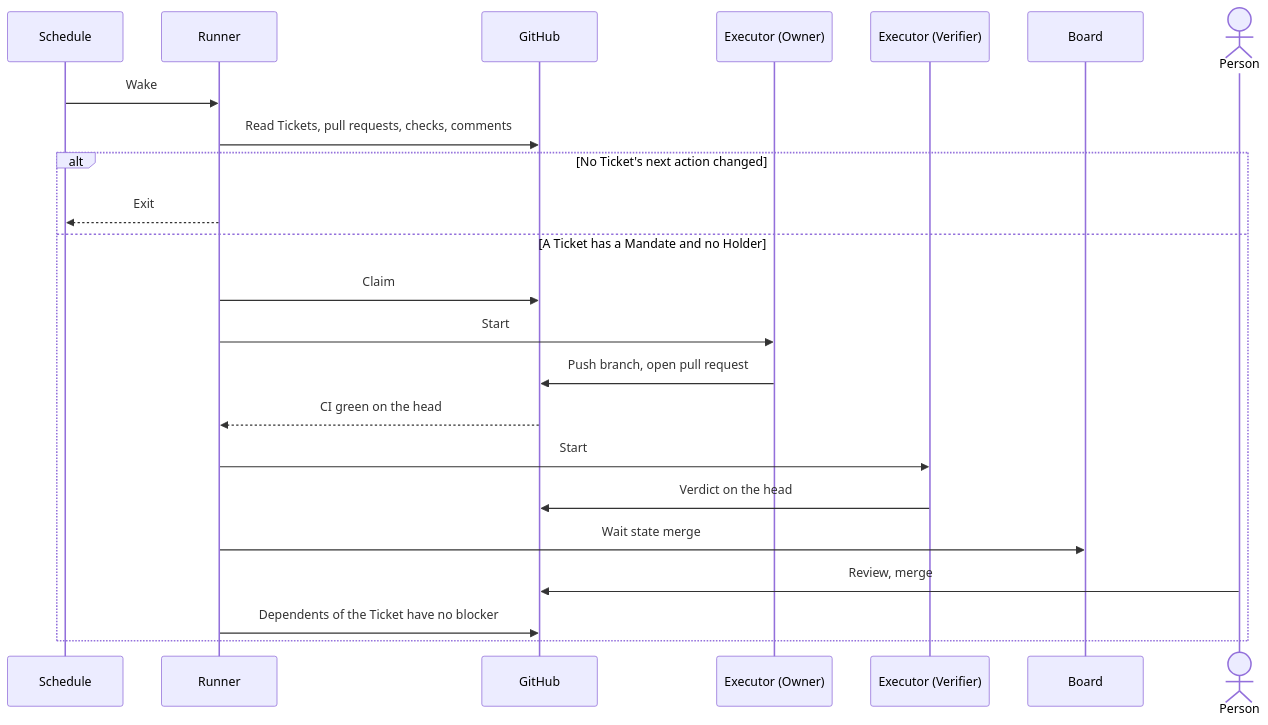
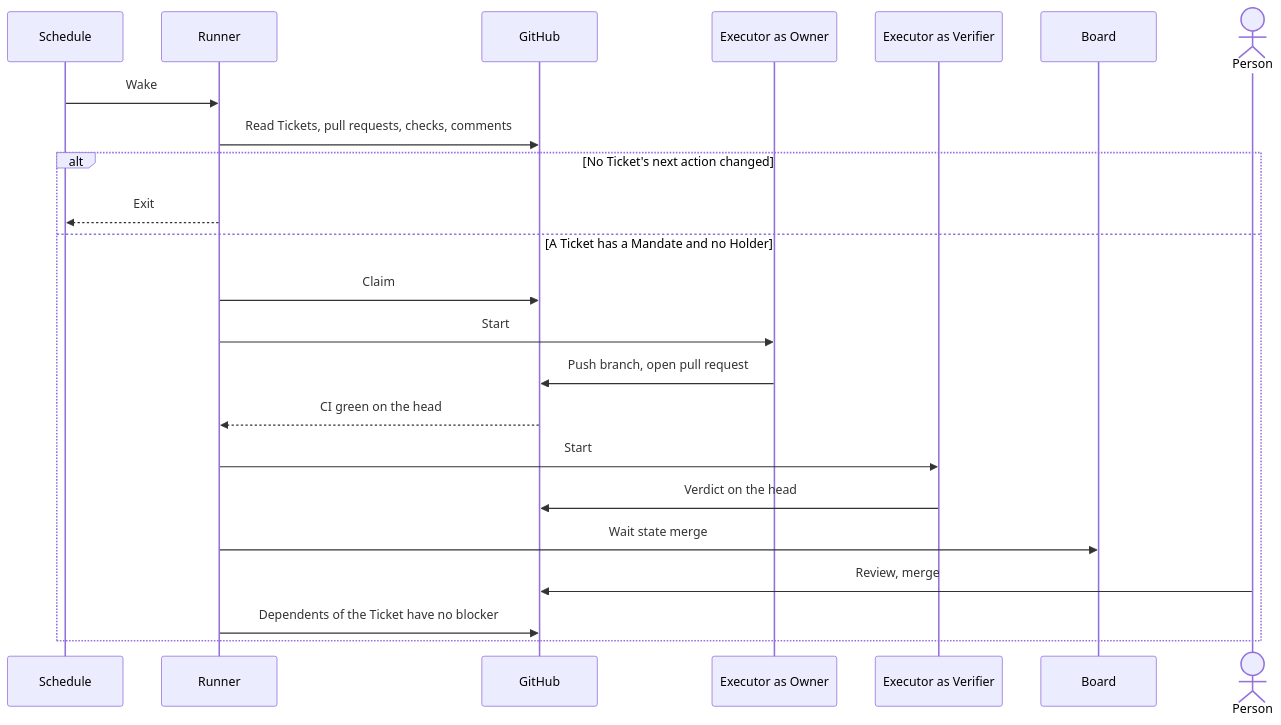
One commit to maro114510/skills changed the fourth of 7 diagrams in docs/design/development-pipeline.md. Above: the diagram before and after it, drawn with Mermaid. The commit also changed other lines of this file and 2 other files, not shown here.

First line of the commit message:
docs(design): restate the pipeline design and ADR as tables and diagrams

````diff
--- a/docs/design/development-pipeline.md
+++ b/docs/design/development-pipeline.md
@@ -73,25 +124,25 @@
 ```mermaid
 sequenceDiagram
     participant C as Schedule
     participant R as Runner
     participant G as GitHub
-    participant O as Executor (Owner)
-    participant V as Executor (Verifier)
+    participant O as Executor as Owner
+    participant V as Executor as Verifier
     participant B as Board
     actor P as Person
     C->>R: Wake
     R->>G: Read Tickets, pull requests, checks, comments
     alt No Ticket's next action changed
         R-->>C: Exit
     else A Ticket has a Mandate and no Holder
         R->>G: Claim
         R->>O: Start
         O->>G: Push branch, open pull request
         G-->>R: CI green on the head
         R->>V: Start
         V->>G: Verdict on the head
         R->>B: Wait state merge
         P->>G: Review, merge
         R->>G: Dependents of the Ticket have no blocker
     end
 ```
````
